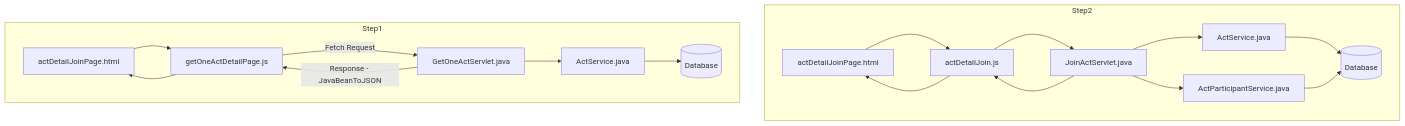
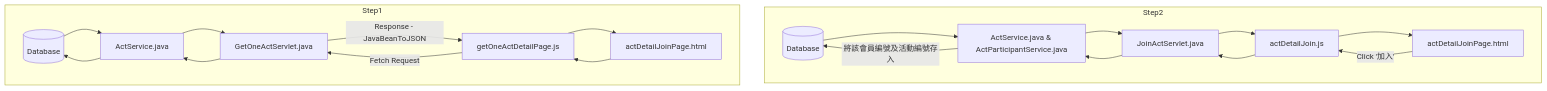
One commit to TLexYuW/CGA103G1OwnPart changed the sixth of 11 diagrams in README.md. Above: the diagram before and after it, drawn with Mermaid.

Commit message:
LexVaultBackup: 2022-09-12 16:38:34
Affected files:
README.md

````diff
--- a/README.md
+++ b/README.md
@@ -156,14 +156,16 @@
 ```mermaid
 graph 
 	subgraph Step2
-	aDJP2[actDetailJoinPage.html ] --> aDJ2[actDetailJoin.js] --> JAS[JoinActServlet.java] --> AS2[ActService.java] --> DB2[(Database)]
-	JAS --> APS[ActParticipantService.java] --> DB2
-	JAS --> aDJ2 --> aDJP2
+	DB2 --> AS2 --> JAS --> aDJ2 --> aDJP2
+	aDJP2[actDetailJoinPage.html ] -->|Click '加入'| aDJ2[actDetailJoin.js] 
+	--> JAS[JoinActServlet.java] 
+	--> AS2[ActService.java & ActParticipantService.java] 
+	-->|將該會員編號及活動編號存入| DB2[(Database)]
 	end
 	
 	subgraph Step1
+	DB --> AS --> GOAS -->|Response - JavaBeanToJSON| gOADP --> aDJP
 	aDJP[actDetailJoinPage.html ] --> gOADP[getOneActDetailPage.js] -->|Fetch Request| GOAS[GetOneActServlet.java]
 	--> AS[ActService.java] --> DB[(Database)]
-	GOAS -->|Response - JavaBeanToJSON| gOADP --> aDJP
 	end
 ``` 
````
